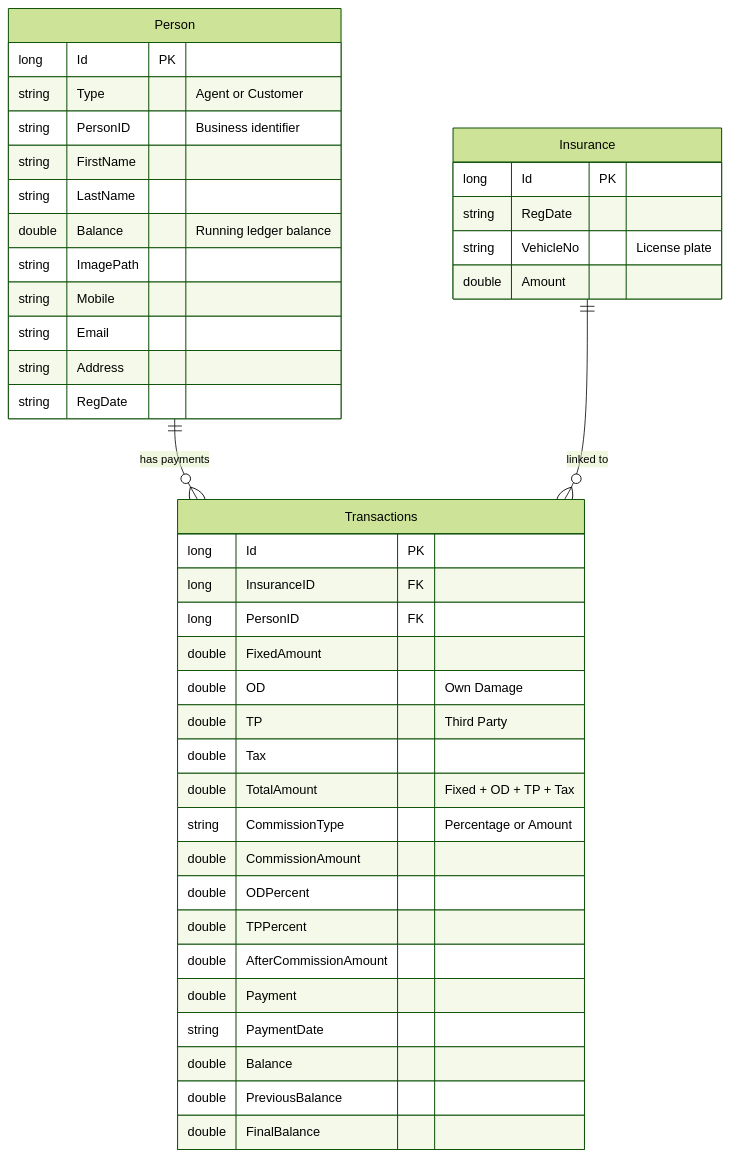
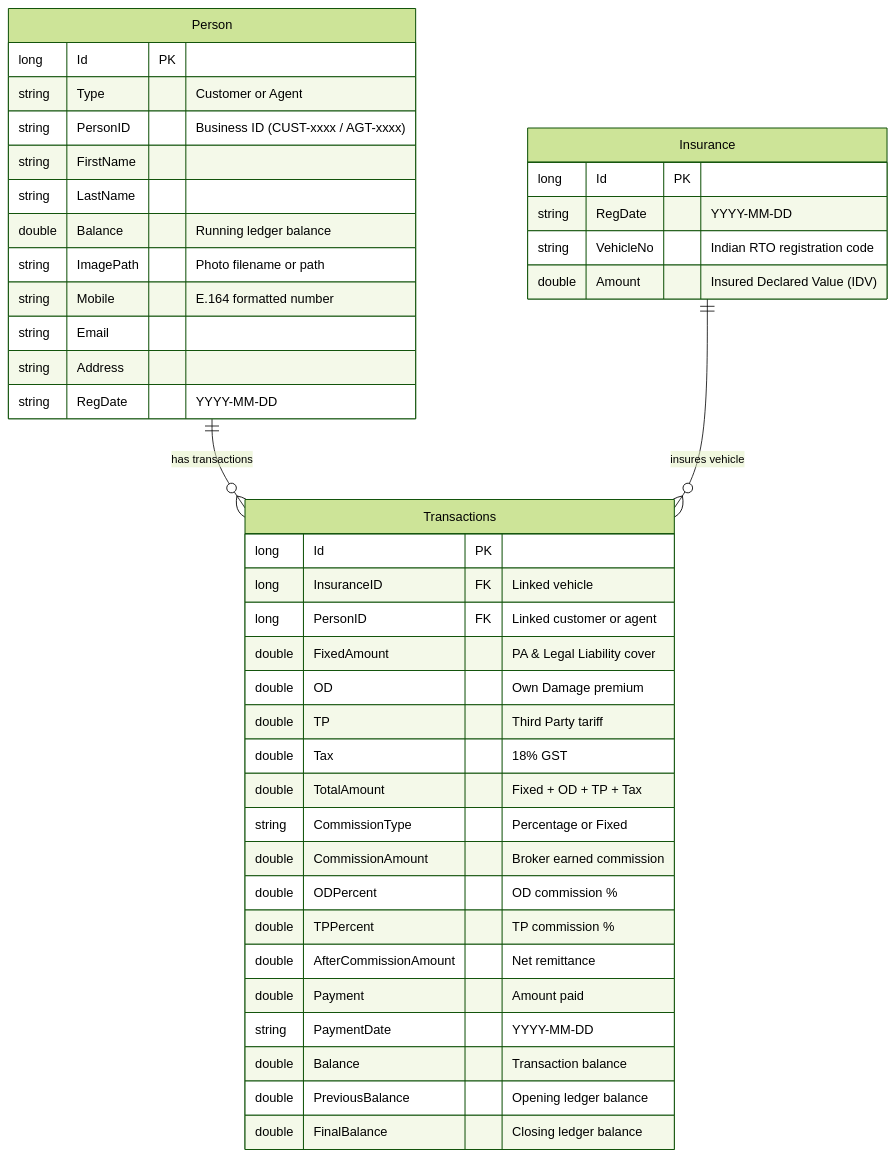
Before and after one commit to DineshSolanki/EasyInsur: the diagram in README.md, drawn with Mermaid (forest theme). The commit also changed other lines of this file and 2 other files, not shown here.

Commit message:
docs: modernize README documentation and CI/CD workflow for .NET 10

````diff
--- a/README.md
+++ b/README.md
@@ -153,47 +153,47 @@
 ```mermaid
 erDiagram
-    Person ||--o{ Transactions : "has payments"
-    Insurance ||--o{ Transactions : "linked to"
+    Person ||--o{ Transactions : "has transactions"
+    Insurance ||--o{ Transactions : "insures vehicle"
 
     Person {
         long Id PK
-        string Type "Agent or Customer"
-        string PersonID "Business identifier"
+        string Type "Customer or Agent"
+        string PersonID "Business ID (CUST-xxxx / AGT-xxxx)"
         string FirstName
         string LastName
         double Balance "Running ledger balance"
-        string ImagePath
-        string Mobile
+        string ImagePath "Photo filename or path"
+        string Mobile "E.164 formatted number"
         string Email
         string Address
-        string RegDate
+        string RegDate "YYYY-MM-DD"
     }
 
     Insurance {
         long Id PK
-        string RegDate
-        string VehicleNo "License plate"
-        double Amount
+        string RegDate "YYYY-MM-DD"
+        string VehicleNo "Indian RTO registration code"
+        double Amount "Insured Declared Value (IDV)"
     }
 
     Transactions {
         long Id PK
-        long InsuranceID FK
-        long PersonID FK
-        double FixedAmount
-        double OD "Own Damage"
-        double TP "Third Party"
-        double Tax
+        long InsuranceID FK "Linked vehicle"
+        long PersonID FK "Linked customer or agent"
+        double FixedAmount "PA & Legal Liability cover"
+        double OD "Own Damage premium"
+        double TP "Third Party tariff"
+        double Tax "18% GST"
         double TotalAmount "Fixed + OD + TP + Tax"
-        string CommissionType "Percentage or Amount"
-        double CommissionAmount
-        double ODPercent
-        double TPPercent
-        double AfterCommissionAmount
-        double Payment
-        string PaymentDate
-        double Balance
-        double PreviousBalance
-        double FinalBalance
+        string CommissionType "Percentage or Fixed"
+        double CommissionAmount "Broker earned commission"
+        double ODPercent "OD commission %"
+        double TPPercent "TP commission %"
+        double AfterCommissionAmount "Net remittance"
+        double Payment "Amount paid"
+        string PaymentDate "YYYY-MM-DD"
+        double Balance "Transaction balance"
+        double PreviousBalance "Opening ledger balance"
+        double FinalBalance "Closing ledger balance"
     }
 ```
````
